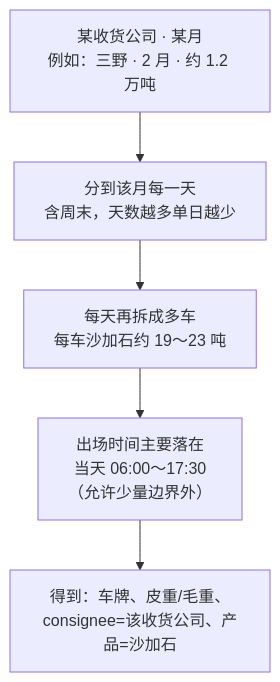
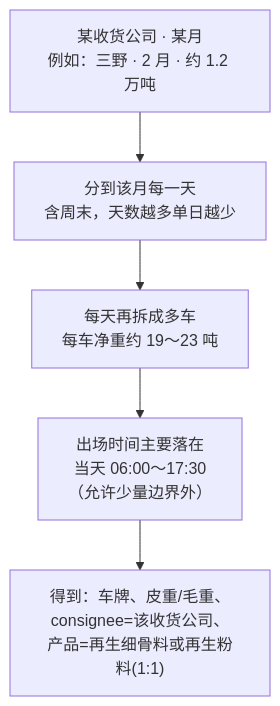
Before and after one commit to feewillowherb/MaterialMonospec: the second of 4 diagrams in docs/2026-09-07-sand-product-transport-addbatch-mock/05-流程总览图.md, drawn with Mermaid. The commit also changed other lines of this file and 19 other files, not shown here.

````diff
--- a/docs/2026-09-07-sand-product-transport-addbatch-mock/05-流程总览图.md
+++ b/docs/2026-09-07-sand-product-transport-addbatch-mock/05-流程总览图.md
@@ -42,7 +42,7 @@
 ```mermaid
 flowchart TD
   M["某收货公司 · 某月<br/>例如：三野 · 2 月 · 约 1.2 万吨"] --> D["分到该月每一天<br/>含周末，天数越多单日越少"]
-  D --> T["每天再拆成多车<br/>每车沙加石约 19～23 吨"]
+  D --> T["每天再拆成多车<br/>每车净重约 19～23 吨"]
   T --> H["出场时间主要落在<br/>当天 06:00～17:30<br/>（允许少量边界外）"]
-  H --> R["得到：车牌、皮重/毛重、<br/>consignee=该收货公司、产品=沙加石"]
+  H --> R["得到：车牌、皮重/毛重、<br/>consignee=该收货公司、<br/>产品=再生细骨料或再生粉料(1:1)"]
 ```
````
